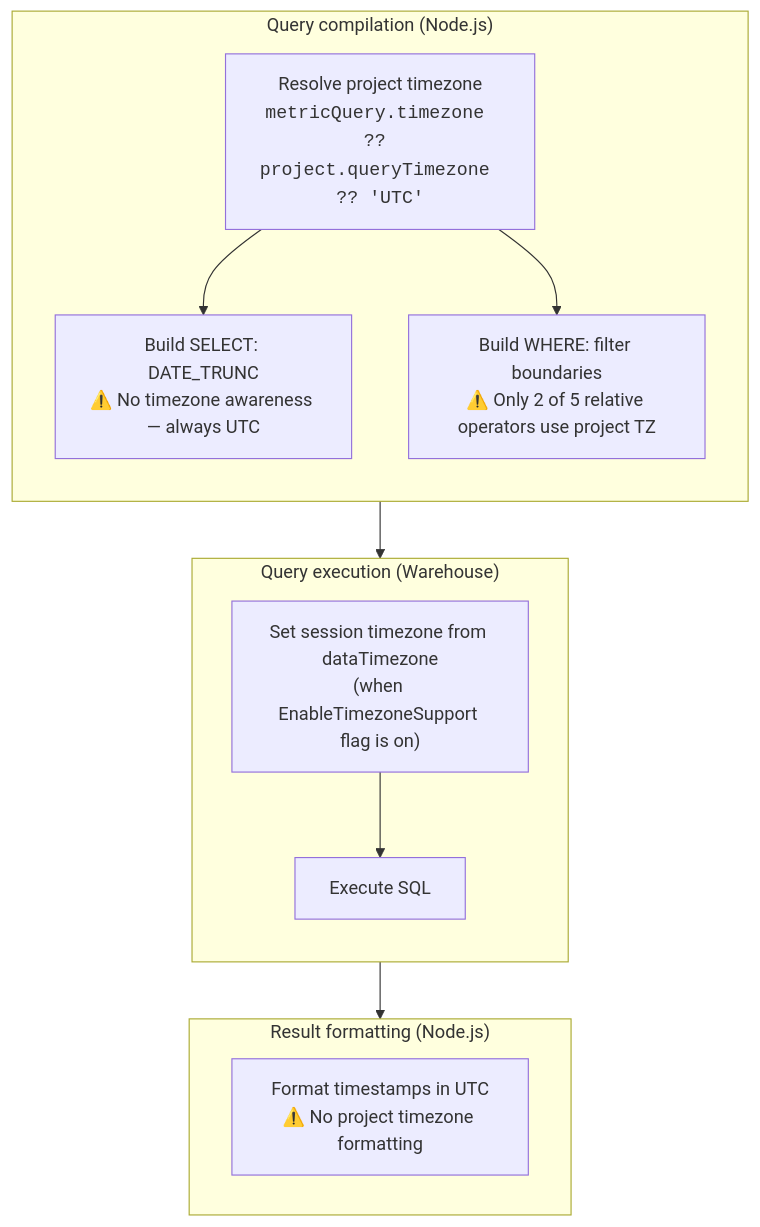
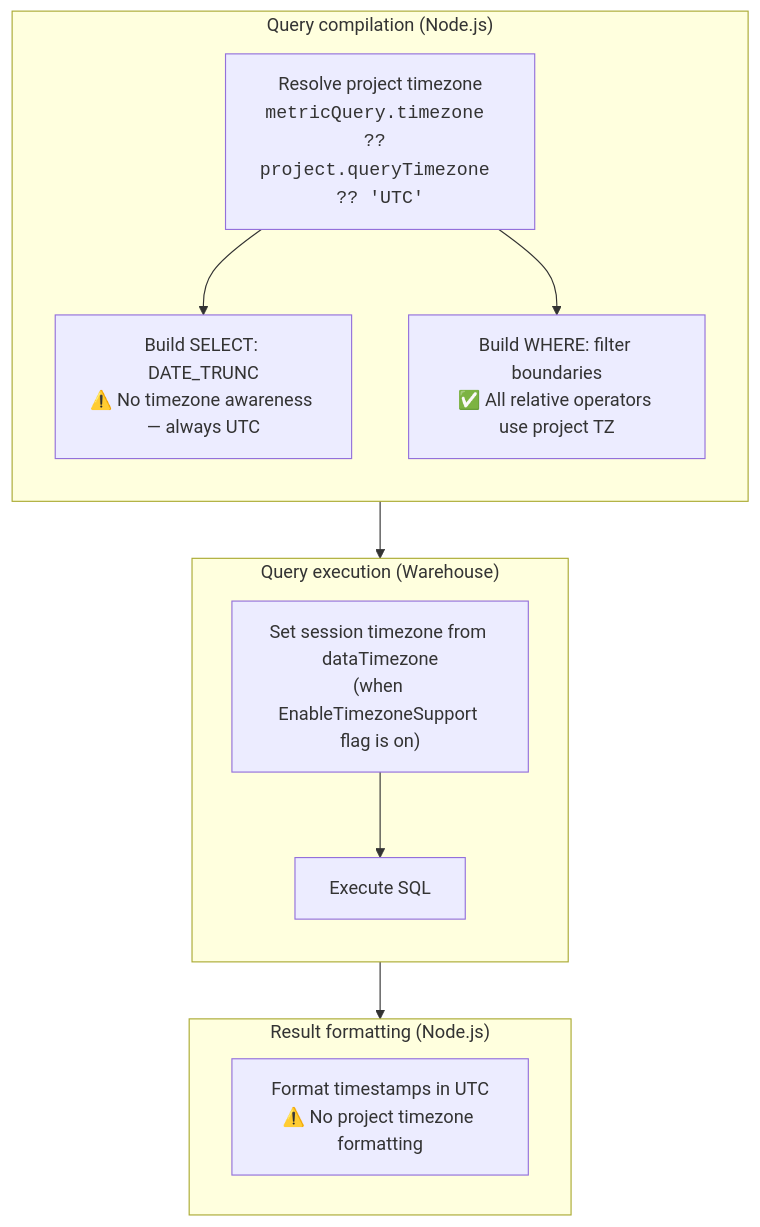
The second of 4 diagrams in docs/timezone-handling.md (lightdash/lightdash), drawn with Mermaid before and after one commit. The commit also changed other lines of this file, not shown here.

````diff
--- a/docs/timezone-handling.md
+++ b/docs/timezone-handling.md
@@ -63,26 +63,26 @@
 ```mermaid
 flowchart TD
     subgraph Compile["Query compilation (Node.js)"]
         direction TB
         A["Resolve project timezone<br/><code>metricQuery.timezone ?? project.queryTimezone ?? 'UTC'</code>"]
         B["Build SELECT: DATE_TRUNC<br/>⚠️ No timezone awareness — always UTC"]
-        C["Build WHERE: filter boundaries<br/>⚠️ Only 2 of 5 relative operators use project TZ"]
+        C["Build WHERE: filter boundaries<br/>✅ All relative operators use project TZ"]
         A --> B
         A --> C
     end
 
     subgraph Execute["Query execution (Warehouse)"]
         direction TB
         D["Set session timezone from dataTimezone<br/>(when EnableTimezoneSupport flag is on)"]
         E["Execute SQL"]
         D --> E
     end
 
     Compile --> Execute
 
     subgraph Format["Result formatting (Node.js)"]
         F["Format timestamps in UTC<br/>⚠️ No project timezone formatting"]
     end
 
     Execute --> Format
 ```
````
